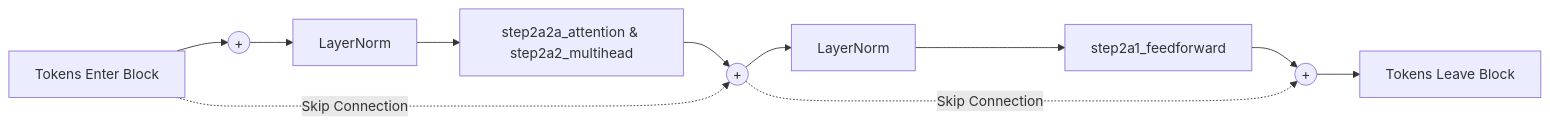
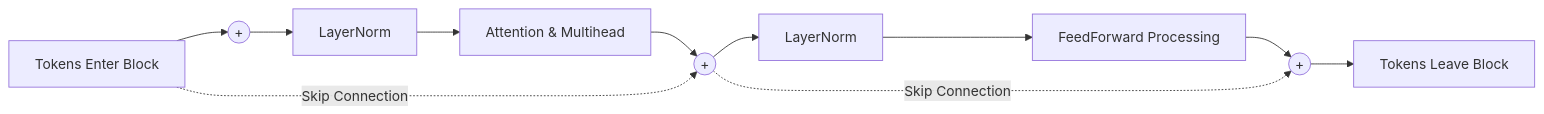
The second of 3 diagrams in walkthrough.md (Rabbit-CollectiveScience/nano-gpt), drawn with Mermaid before and after one commit. The commit also changed other lines of this file and 2 other files, not shown here.

````diff
--- a/walkthrough.md
+++ b/walkthrough.md
@@ -42,22 +42,22 @@
 ```mermaid
 flowchart LR
     Start[Tokens Enter Block] --> Add1((+))
     
     %% Path A: Communications
     Add1 --> LN1[LayerNorm]
-    LN1 --> SA[step2a2a_attention & step2a2_multihead]
+    LN1 --> SA[Attention & Multihead]
     SA --> Add2((+))
     
     %% Residual Math
     Start -.->|Skip Connection| Add2
     
     %% Path B: Computation
     Add2 --> LN2[LayerNorm]
-    LN2 --> FF[step2a1_feedforward]
+    LN2 --> FF[FeedForward Processing]
     FF --> Add3((+))
     
     %% Residual Math
     Add2 -.->|Skip Connection| Add3
     
     Add3 --> Finish[Tokens Leave Block]
 ```
````
